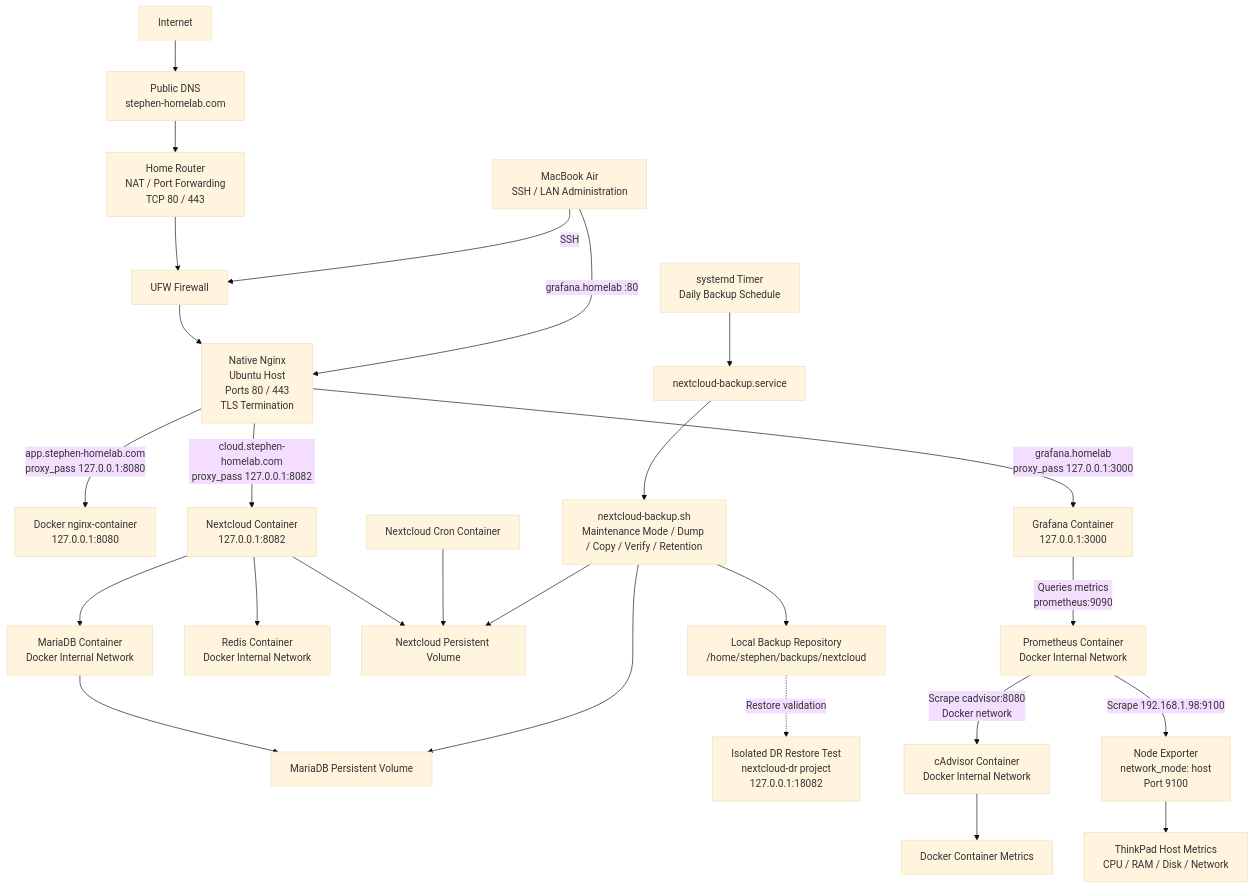
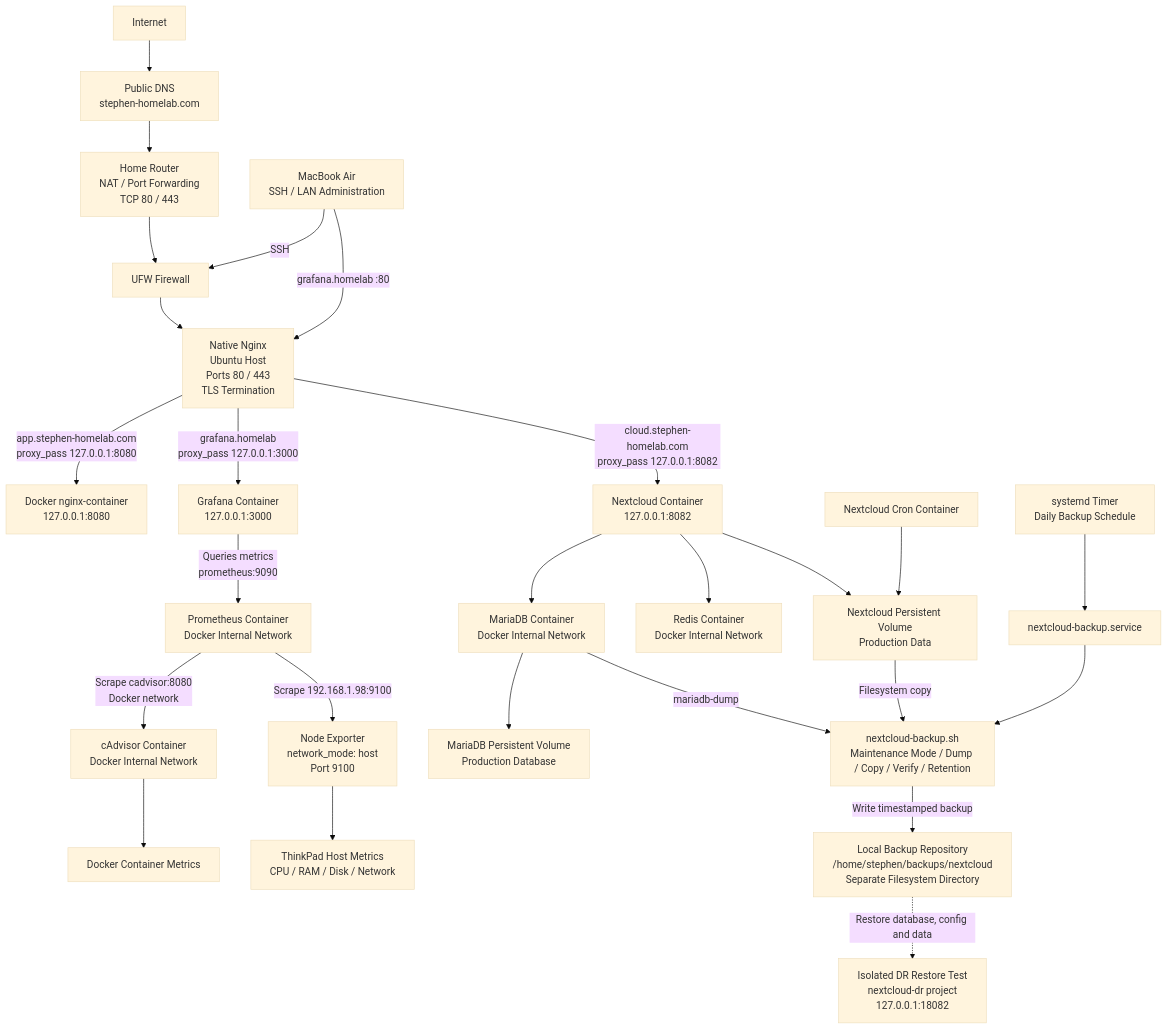
The diagram in README.md (StephG99/homelab), drawn with Mermaid (base theme) before and after one commit. The commit also changed other lines of this file, not shown here.

Commit message:
Updated Architecture Diagram and Overview

````diff
--- a/README.md
+++ b/README.md
@@ -7,69 +7,71 @@
 ```mermaid
 flowchart TD
 
     Internet["Internet"]
     DNS["Public DNS<br/>stephen-homelab.com"]
     Router["Home Router<br/>NAT / Port Forwarding<br/>TCP 80 / 443"]
     UFW["UFW Firewall"]
 
     Mac["MacBook Air<br/>SSH / LAN Administration"]
 
     Nginx["Native Nginx<br/>Ubuntu Host<br/>Ports 80 / 443<br/>TLS Termination"]
 
     App["Docker nginx-container<br/>127.0.0.1:8080"]
     Grafana["Grafana Container<br/>127.0.0.1:3000"]
 
     Nextcloud["Nextcloud Container<br/>127.0.0.1:8082"]
     MariaDB["MariaDB Container<br/>Docker Internal Network"]
     Redis["Redis Container<br/>Docker Internal Network"]
     Cron["Nextcloud Cron Container"]
 
-    NCData["Nextcloud Persistent Volume"]
-    DBData["MariaDB Persistent Volume"]
+    NCData["Nextcloud Persistent Volume<br/>Production Data"]
+    DBData["MariaDB Persistent Volume<br/>Production Database"]
 
     BackupTimer["systemd Timer<br/>Daily Backup Schedule"]
     BackupService["nextcloud-backup.service"]
     BackupScript["nextcloud-backup.sh<br/>Maintenance Mode / Dump / Copy / Verify / Retention"]
-    LocalBackup["Local Backup Repository<br/>/home/stephen/backups/nextcloud"]
+    LocalBackup["Local Backup Repository<br/>/home/stephen/backups/nextcloud<br/>Separate Filesystem Directory"]
     DR["Isolated DR Restore Test<br/>nextcloud-dr project<br/>127.0.0.1:18082"]
 
     Prometheus["Prometheus Container<br/>Docker Internal Network"]
     Cadvisor["cAdvisor Container<br/>Docker Internal Network"]
     NodeExporter["Node Exporter<br/>network_mode: host<br/>Port 9100"]
 
     ContainerMetrics["Docker Container Metrics"]
     HostMetrics["ThinkPad Host Metrics<br/>CPU / RAM / Disk / Network"]
 
     Internet --> DNS
     DNS --> Router
     Router --> UFW
     UFW --> Nginx
 
     Mac -->|"SSH"| UFW
     Mac -->|"grafana.homelab :80"| Nginx
 
     Nginx -->|"app.stephen-homelab.com<br/>proxy_pass 127.0.0.1:8080"| App
     Nginx -->|"grafana.homelab<br/>proxy_pass 127.0.0.1:3000"| Grafana
     Nginx -->|"cloud.stephen-homelab.com<br/>proxy_pass 127.0.0.1:8082"| Nextcloud
 
     Nextcloud --> MariaDB
     Nextcloud --> Redis
     Nextcloud --> NCData
     Cron --> NCData
     MariaDB --> DBData
 
     BackupTimer --> BackupService
     BackupService --> BackupScript
-    BackupScript --> NCData
-    BackupScript --> DBData
-    BackupScript --> LocalBackup
-    LocalBackup -.->|"Restore validation"| DR
+
+    NCData -->|"Filesystem copy"| BackupScript
+    MariaDB -->|"mariadb-dump"| BackupScript
+    BackupScript -->|"Write timestamped backup"| LocalBackup
+
+    LocalBackup -.->|"Restore database, config and data"| DR
 
     Grafana -->|"Queries metrics<br/>prometheus:9090"| Prometheus
 
     Prometheus -->|"Scrape cadvisor:8080<br/>Docker network"| Cadvisor
     Prometheus -->|"Scrape 192.168.1.98:9100"| NodeExporter
 
     Cadvisor --> ContainerMetrics
     NodeExporter --> HostMetrics
 ```
````
